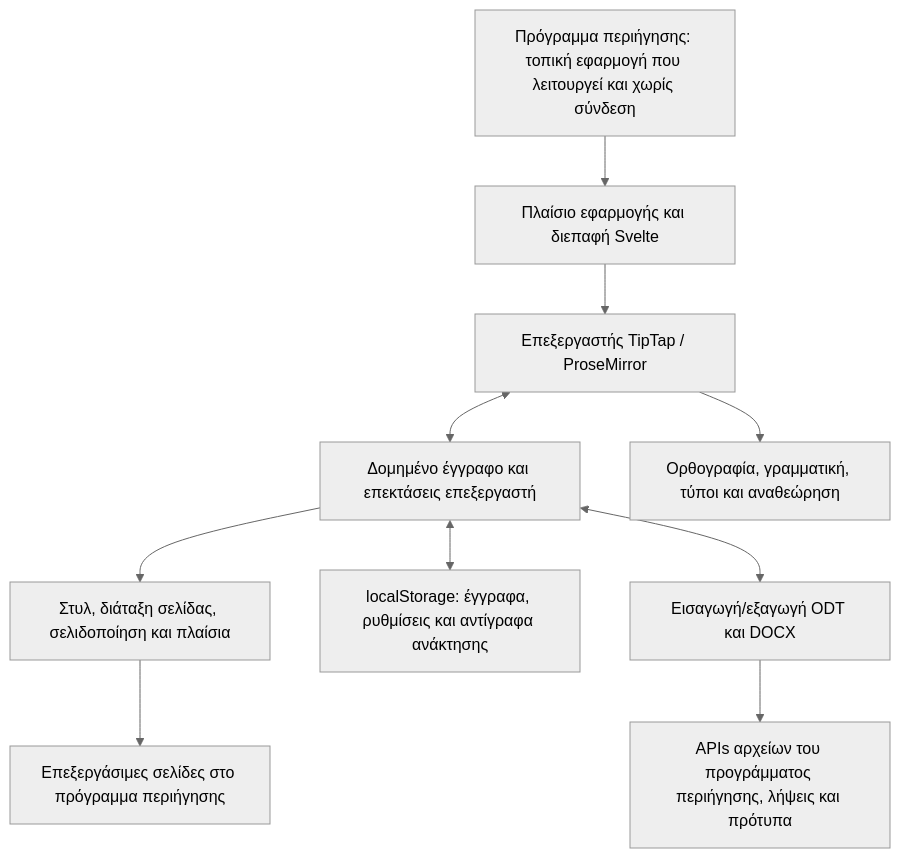
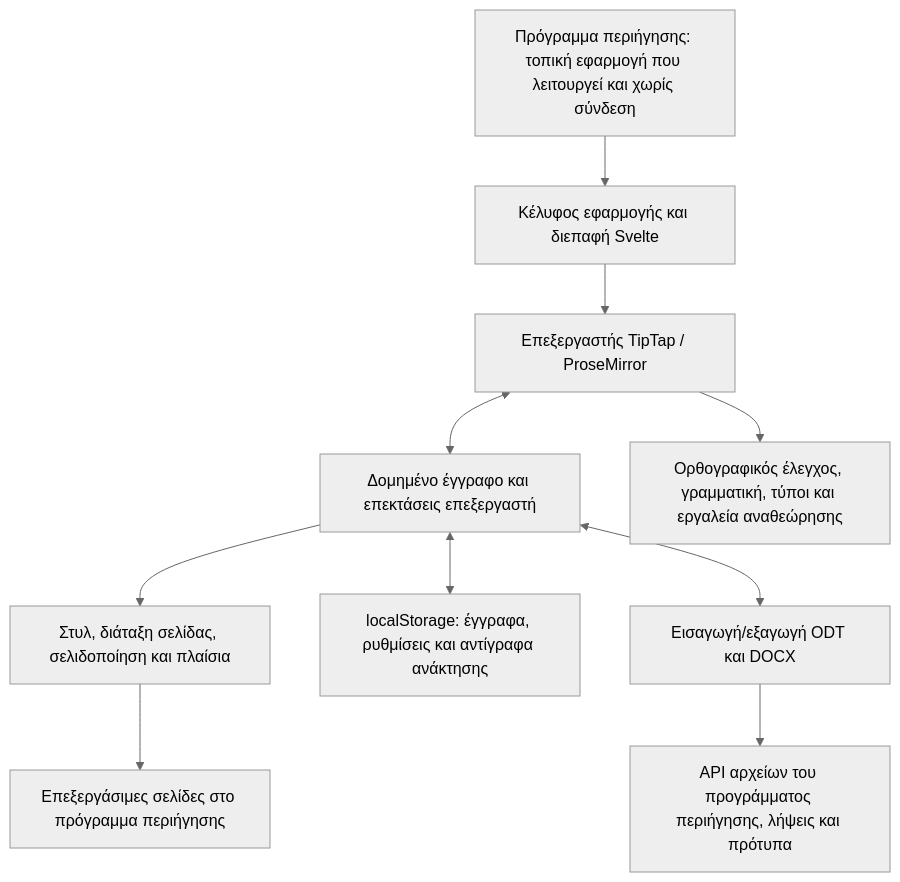
One commit to stffnb/edentext changed the diagram in docs/readme/README.el.md. Above: the diagram before and after it, drawn with Mermaid (neutral theme). The commit also changed other lines of this file and 21 other files, not shown here.

````diff
--- a/docs/readme/README.el.md
+++ b/docs/readme/README.el.md
@@ -188,12 +188,12 @@
 ```mermaid
 flowchart TD
-  Browser[Πρόγραμμα περιήγησης: τοπική εφαρμογή που λειτουργεί και χωρίς σύνδεση] --> App[Πλαίσιο εφαρμογής και διεπαφή Svelte]
+  Browser[Πρόγραμμα περιήγησης: τοπική εφαρμογή που λειτουργεί και χωρίς σύνδεση] --> App[Κέλυφος εφαρμογής και διεπαφή Svelte]
   App --> Editor[Επεξεργαστής TipTap / ProseMirror]
   Editor <--> Document[Δομημένο έγγραφο και επεκτάσεις επεξεργαστή]
   Document --> Layout[Στυλ, διάταξη σελίδας, σελιδοποίηση και πλαίσια]
   Document <--> Storage[localStorage: έγγραφα, ρυθμίσεις και αντίγραφα ανάκτησης]
   Document <--> Interchange[Εισαγωγή/εξαγωγή ODT και DOCX]
-  Interchange --> Files[APIs αρχείων του προγράμματος περιήγησης, λήψεις και πρότυπα]
-  Editor --> Tools[Ορθογραφία, γραμματική, τύποι και αναθεώρηση]
+  Interchange --> Files[API αρχείων του προγράμματος περιήγησης, λήψεις και πρότυπα]
+  Editor --> Tools[Ορθογραφικός έλεγχος, γραμματική, τύποι και εργαλεία αναθεώρησης]
   Layout --> Render[Επεξεργάσιμες σελίδες στο πρόγραμμα περιήγησης]
 ```
````
